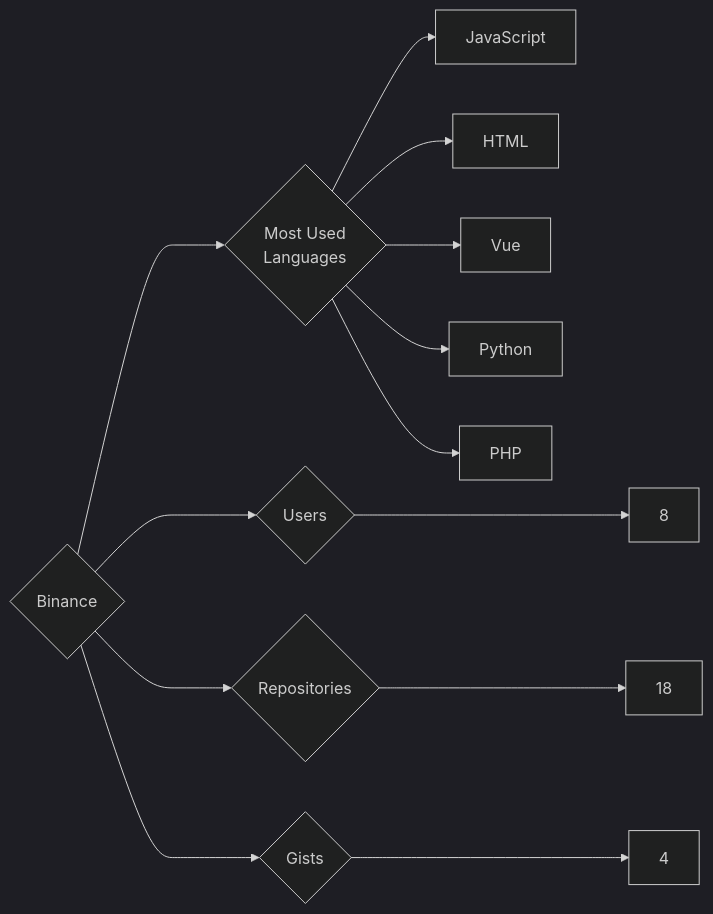
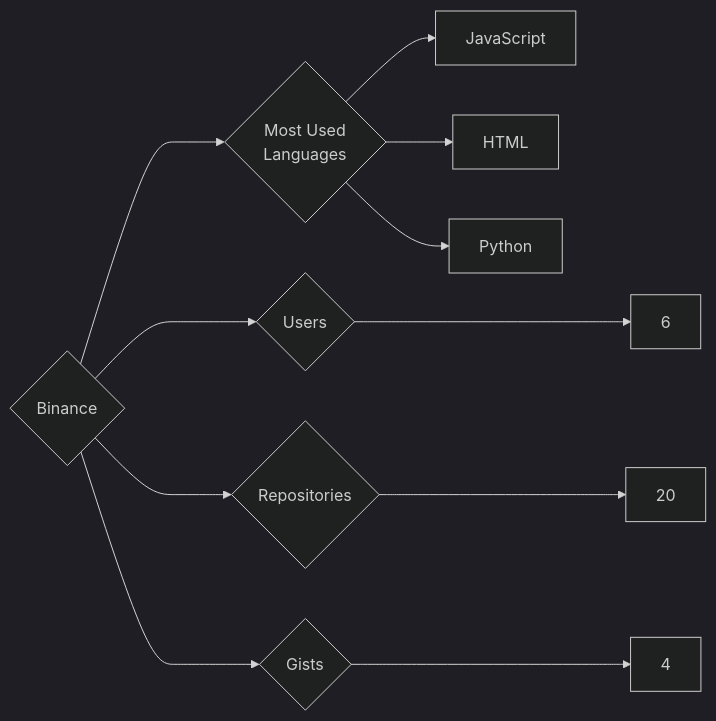
The diagram in targets/Binance/README.md (trickest/insiders), drawn with Mermaid (dark theme) before and after one commit. The commit also changed 1020 other files, not shown here.

````diff
--- a/targets/Binance/README.md
+++ b/targets/Binance/README.md
@@ -3,13 +3,11 @@
 ```mermaid
 graph LR
 COMPANY_NAME{Binance}
-COMPANY_NAME ---> U{Users} ---> UN[8]
-COMPANY_NAME ---> R{Repositories} ---> RN[18]
+COMPANY_NAME ---> U{Users} ---> UN[6]
+COMPANY_NAME ---> R{Repositories} ---> RN[20]
 COMPANY_NAME ---> G{Gists} ---> GN[4]
 COMPANY_NAME ---> ML{Most Used<br>Languages}
 ML --> JavaScript[JavaScript]
 ML --> HTML[HTML]
-ML --> Vue[Vue]
 ML --> Python[Python]
-ML --> PHP[PHP]
 ```
````
